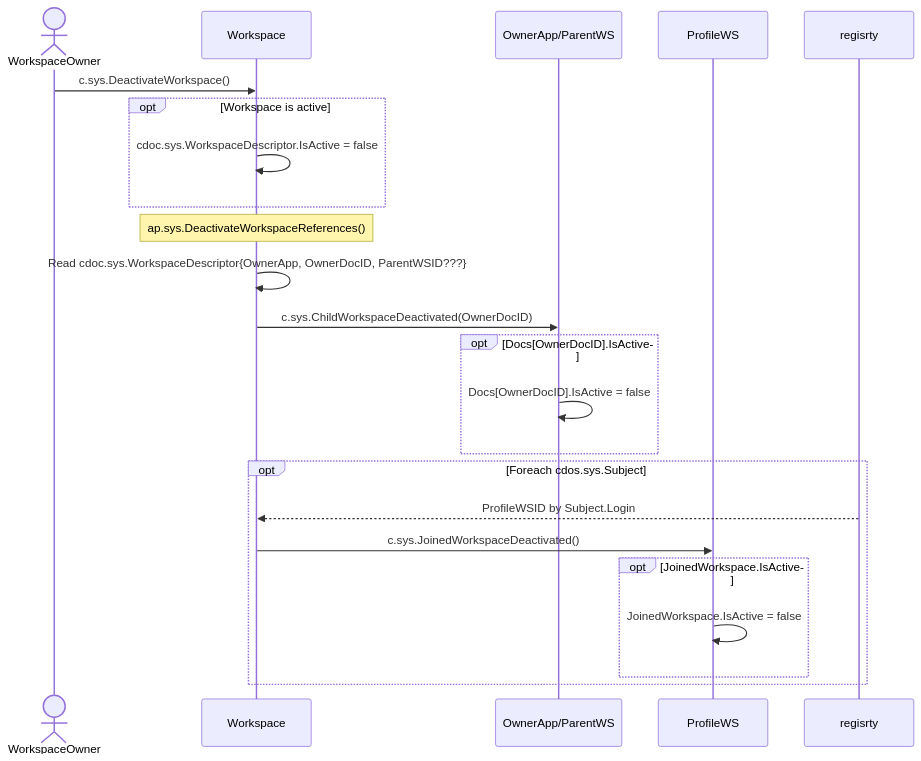
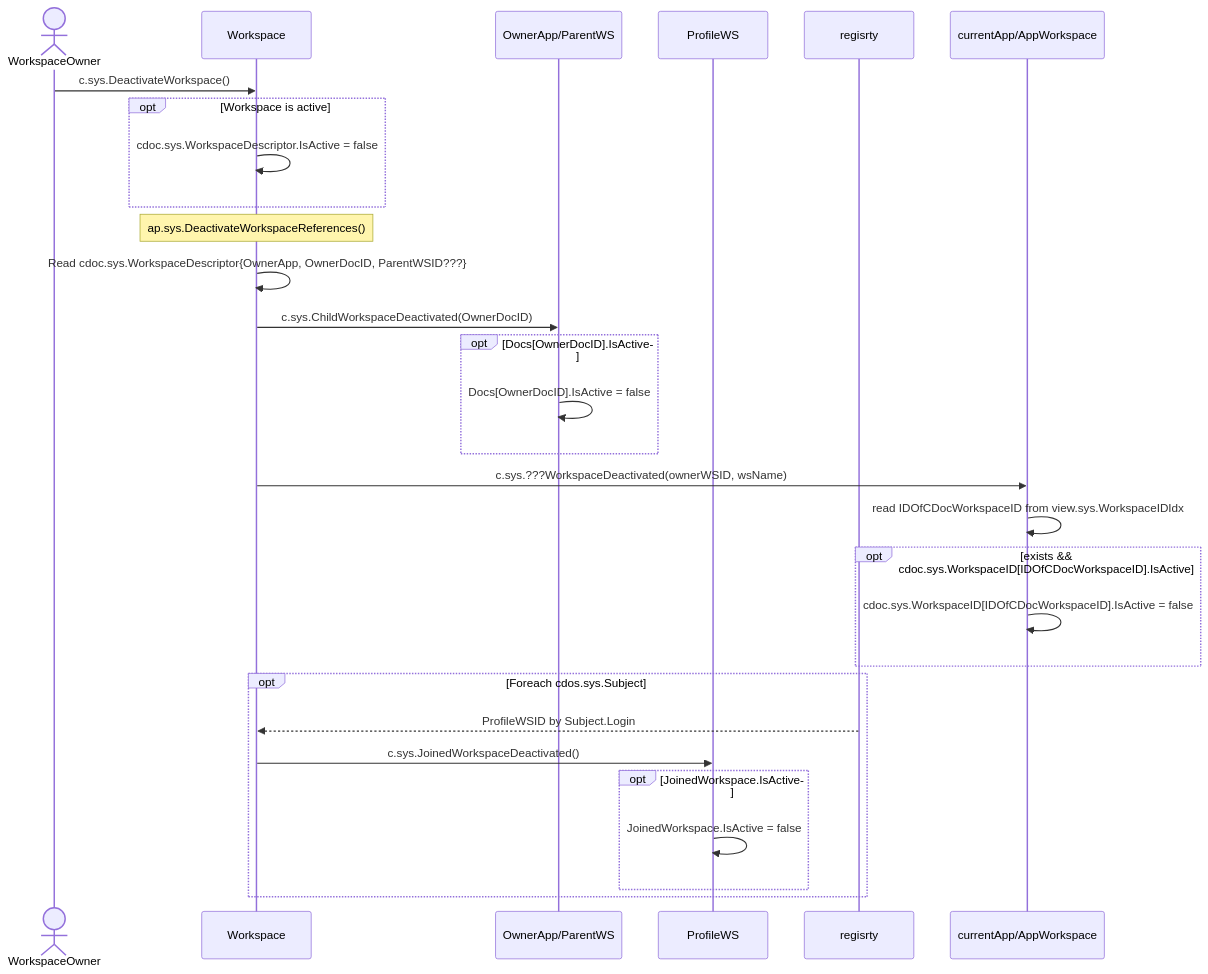
The diagram in design/workspaces/deactivate-workspace.md (voedger/voedger), drawn with Mermaid before and after one commit. The commit also changed 1 other file, not shown here.

````diff
--- a/design/workspaces/deactivate-workspace.md
+++ b/design/workspaces/deactivate-workspace.md
@@ -19,37 +19,47 @@
 ```mermaid
     sequenceDiagram
 
     actor owner as WorkspaceOwner
     participant ws as Workspace
     participant parent as OwnerApp/ParentWS
     participant profile as ProfileWS
     participant registry as regisrty
+    participant appws as currentApp/AppWorkspace
 
     owner ->> ws: c.sys.DeactivateWorkspace()
     opt Workspace is active
         ws ->> ws: cdoc.sys.WorkspaceDescriptor.IsActive = false
     end
 
     note over ws: ap.sys.DeactivateWorkspaceReferences()
     ws ->> ws: Read cdoc.sys.WorkspaceDescriptor{OwnerApp, OwnerDocID, ParentWSID???}
 
     ws ->> parent: c.sys.ChildWorkspaceDeactivated(OwnerDocID)
 
     opt Docs[OwnerDocID].IsActive
       parent ->> parent: Docs[OwnerDocID].IsActive = false
     end
 
+    ws ->> appws: c.sys.???WorkspaceDeactivated(ownerWSID, wsName)
+    appws ->> appws: read IDOfCDocWorkspaceID from view.sys.WorkspaceIDIdx
+    opt exists && cdoc.sys.WorkspaceID[IDOfCDocWorkspaceID].IsActive
+      appws ->> appws: cdoc.sys.WorkspaceID[IDOfCDocWorkspaceID].IsActive = false
+    end
+
+
     opt Foreach cdos.sys.Subject
         registry -->> ws : ProfileWSID by Subject.Login
         ws ->> profile: c.sys.JoinedWorkspaceDeactivated()
         opt JoinedWorkspace.IsActive
           profile ->> profile: JoinedWorkspace.IsActive = false
         end
     end
 
 
 
 
 
 
+
+
 ```
````
